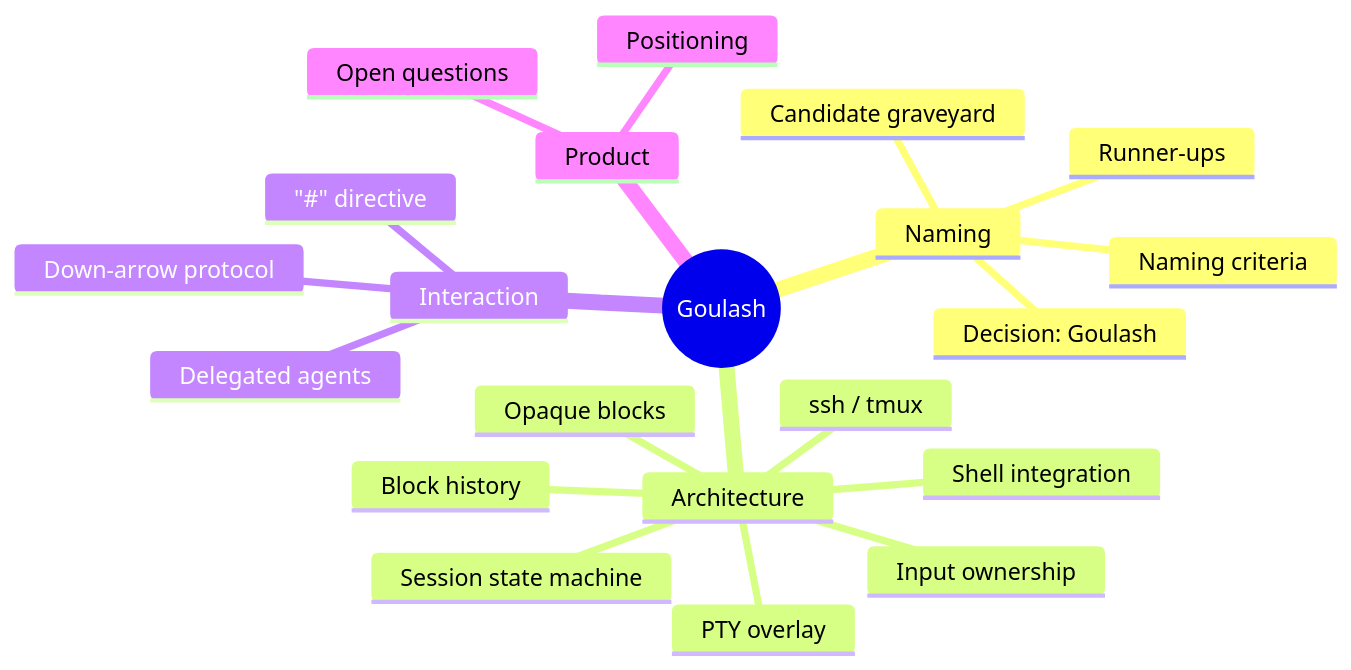
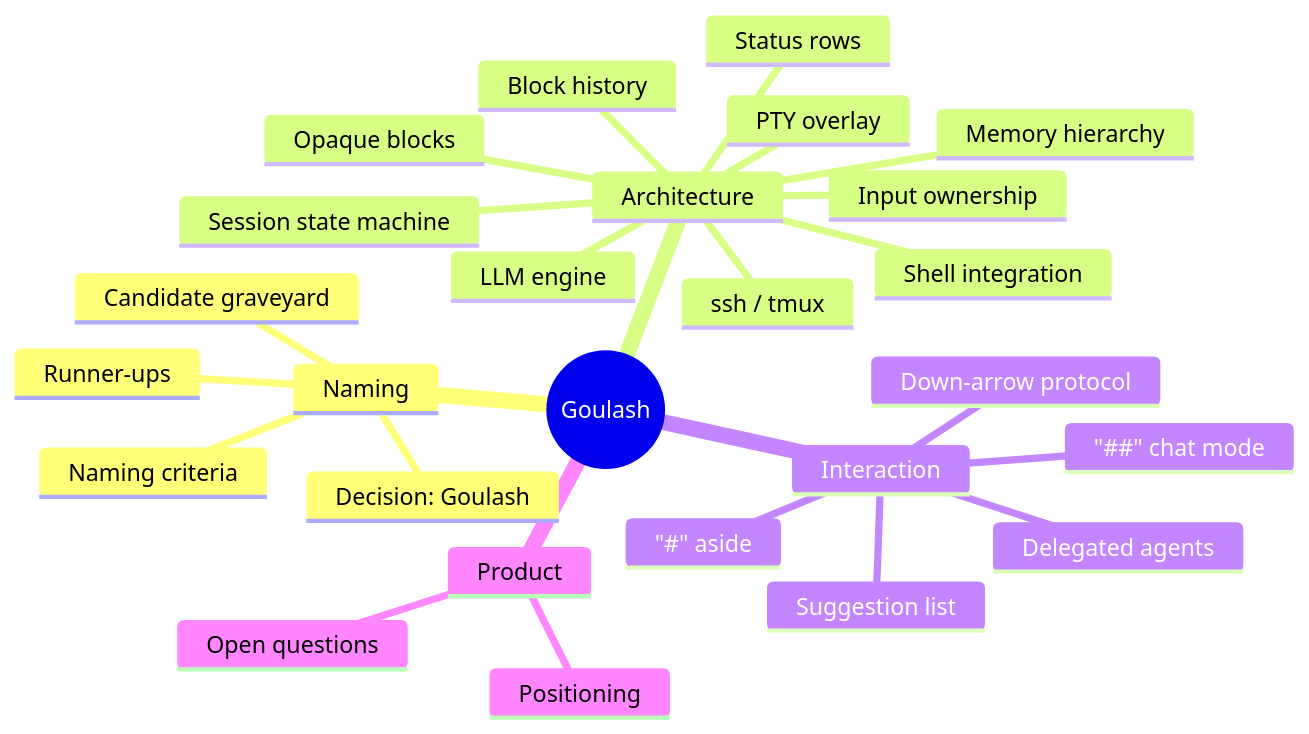
The diagram in wiki/home.md (chaboud/goulash), drawn with Mermaid before and after one commit. The commit also changed other lines of this file and 10 other files, not shown here.

First line of the commit message:
Ingest interaction-model round 2: async suggestion list, ## chat mode, memory hierarchy, status rows

````diff
--- a/wiki/home.md
+++ b/wiki/home.md
@@ -16,24 +16,29 @@
 ```mermaid
 mindmap
   root((Goulash))
     Naming
       Decision: Goulash
       Runner-ups
       Candidate graveyard
       Naming criteria
     Architecture
       PTY overlay
       Input ownership
       Session state machine
       Shell integration
       Block history
+      Memory hierarchy
+      LLM engine
+      Status rows
       Opaque blocks
       ssh / tmux
     Interaction
-      "#" directive
+      "#" aside
+      "##" chat mode
+      Suggestion list
       Down-arrow protocol
       Delegated agents
     Product
       Positioning
       Open questions
 ```
````
